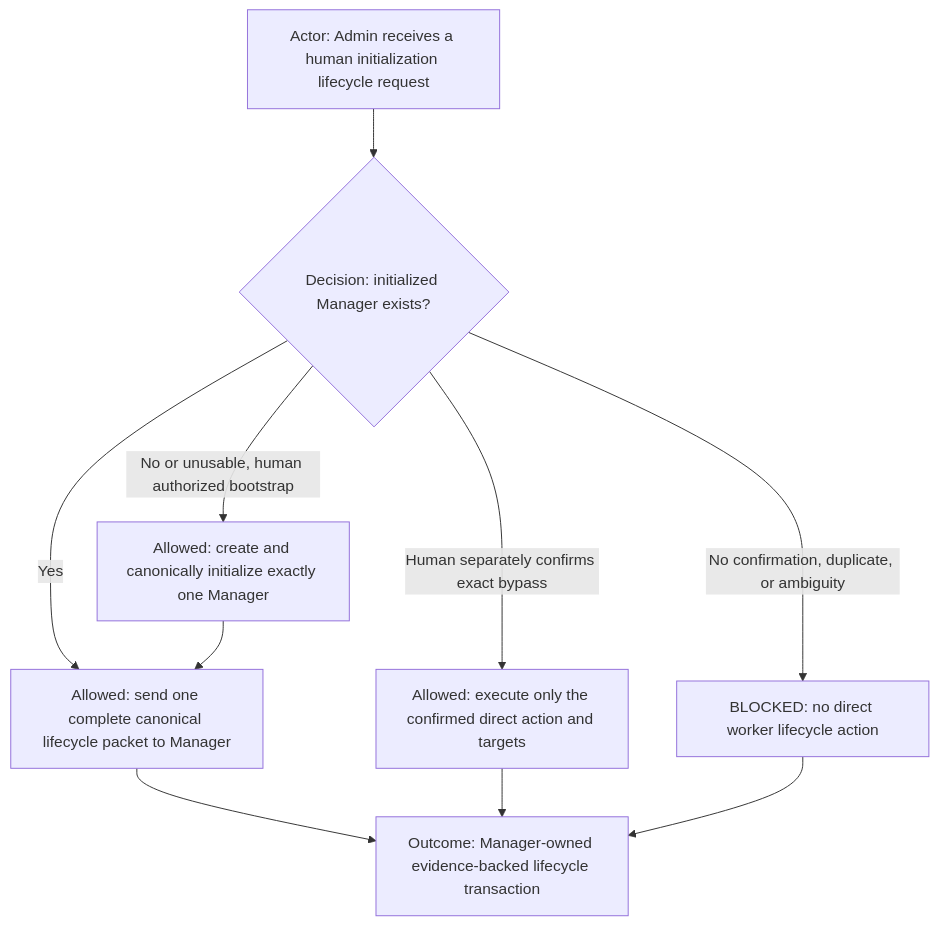
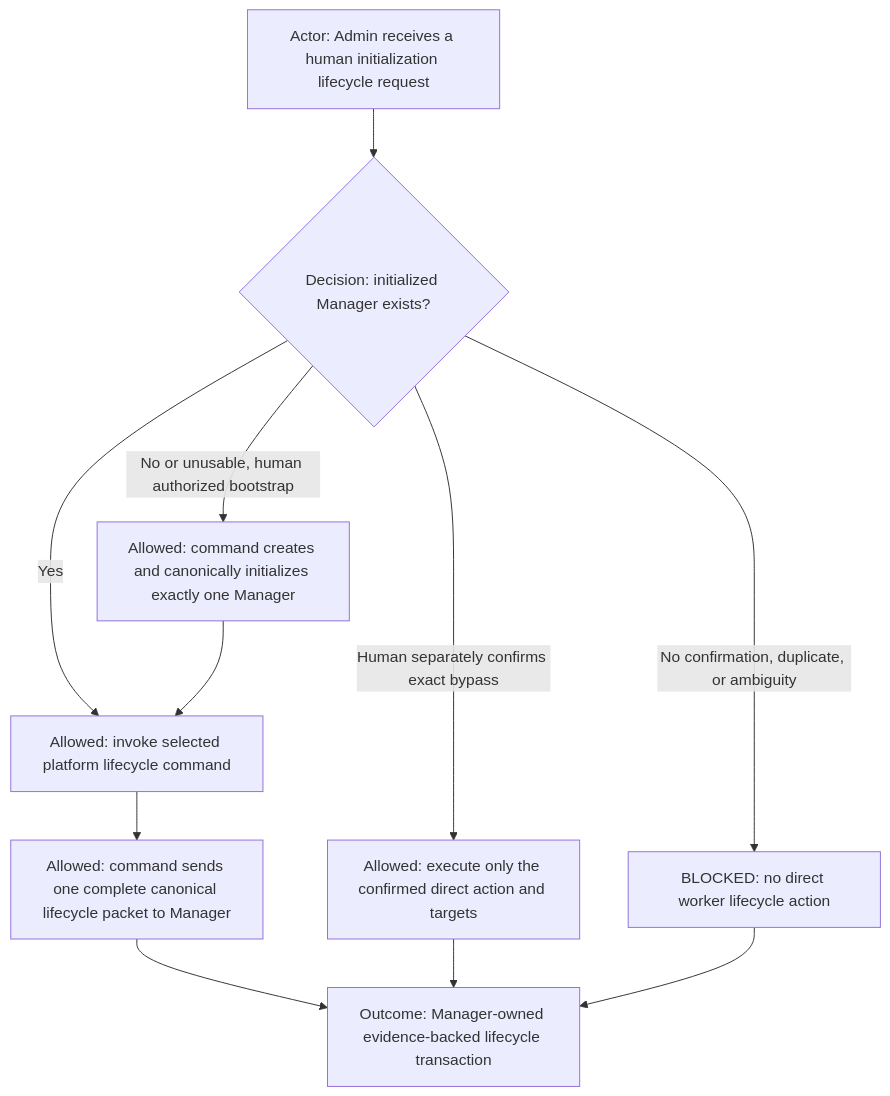
Before and after one commit to starodubtsevconsulting/ai-fleas: the third of 7 diagrams in ai-workflows/_common/roles/admin.md, drawn with Mermaid. The commit also changed other lines of this file and 15 other files, not shown here.

````diff
--- a/ai-workflows/_common/roles/admin.md
+++ b/ai-workflows/_common/roles/admin.md
@@ -62,12 +62,13 @@
 ```mermaid
 flowchart TD
   Actor["Actor: Admin receives a human initialization lifecycle request"] --> Gate{"Decision: initialized Manager exists?"}
-  Gate -->|Yes| Delegate["Allowed: send one complete canonical lifecycle packet to Manager"]
-  Gate -->|No or unusable, human authorized bootstrap| Bootstrap["Allowed: create and canonically initialize exactly one Manager"]
+  Gate -->|Yes| Command["Allowed: invoke selected platform lifecycle command"]
+  Gate -->|No or unusable, human authorized bootstrap| Bootstrap["Allowed: command creates and canonically initializes exactly one Manager"]
   Gate -->|Human separately confirms exact bypass| Override["Allowed: execute only the confirmed direct action and targets"]
   Gate -->|No confirmation, duplicate, or ambiguity| Blocked["BLOCKED: no direct worker lifecycle action"]
-  Bootstrap --> Delegate
+  Bootstrap --> Command
+  Command --> Delegate["Allowed: command sends one complete canonical lifecycle packet to Manager"]
   Delegate --> Outcome["Outcome: Manager-owned evidence-backed lifecycle transaction"]
   Override --> Outcome
   Blocked --> Outcome
 ```
````
